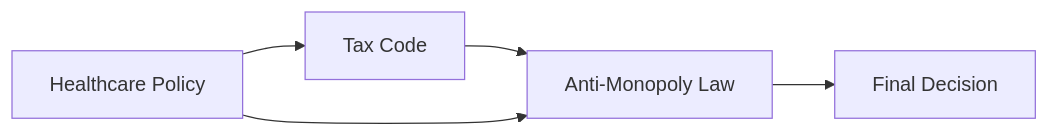
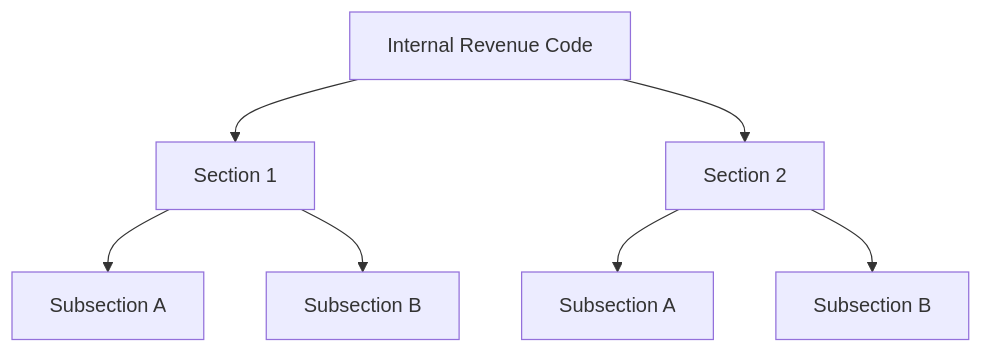
The first of 4 diagrams in RNN - Thesis.md (ConicuConsulting/OpenEye), drawn with Mermaid before and after one commit. The commit also changed other lines of this file, not shown here.

````diff
--- a/RNN - Thesis.md
+++ b/RNN - Thesis.md
@@ -110,7 +39,9 @@
 ```mermaid
-graph LR;
-    A[Healthcare Policy] --> B[Tax Code];
-    B --> C[Anti-Monopoly Law];
-    A --> C;
-    C --> D[Final Decision]
+graph TD;
+    A[Internal Revenue Code] --> B[Section 1];
+    A --> C[Section 2];
+    B --> D[Subsection A];
+    B --> E[Subsection B];
+    C --> F[Subsection A];
+    C --> G[Subsection B];
 ```
````
